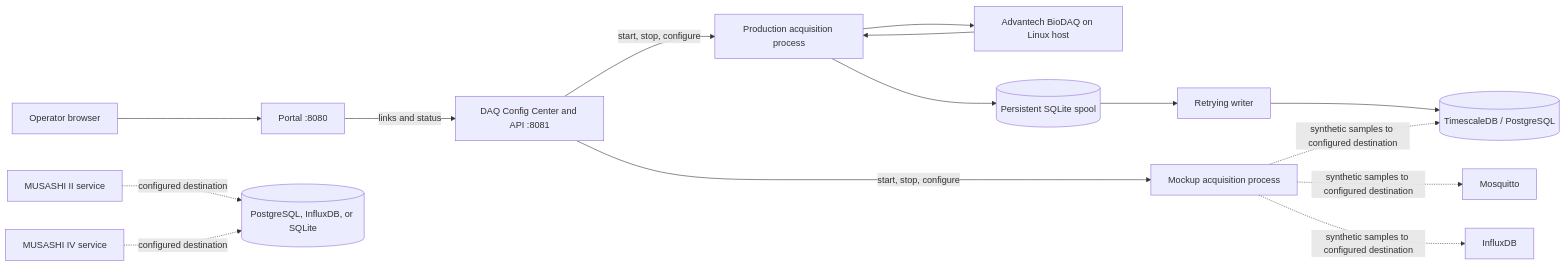
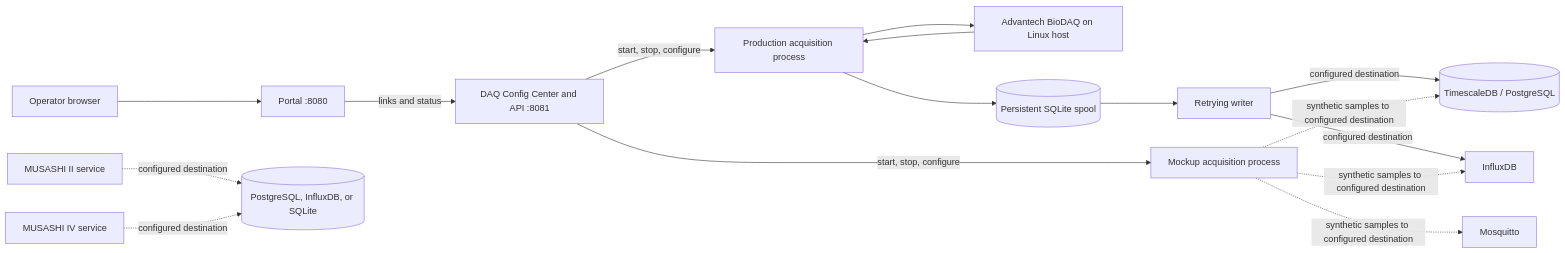
Before and after one commit to Faiisu/IIoT-data-ingest: the diagram in README.md, drawn with Mermaid. The commit also changed other lines of this file and 6 other files, not shown here.

Commit message:
docs: align architecture and deployment docs with InfluxDB and operator auth

````diff
--- a/README.md
+++ b/README.md
@@ -73,17 +73,18 @@
 ```mermaid
 flowchart LR
     Browser[Operator browser] --> Portal[Portal :8080]
     Portal -->|links and status| Web[DAQ Config Center and API :8081]
     Web -->|start, stop, configure| Production[Production acquisition process]
     Web -->|start, stop, configure| Mockup[Mockup acquisition process]
     Production --> SDK[Advantech BioDAQ on Linux host]
     SDK --> Production
     Production --> Spool[(Persistent SQLite spool)]
     Spool --> Writer[Retrying writer]
-    Writer --> PG[(TimescaleDB / PostgreSQL)]
+    Writer -->|configured destination| PG[(TimescaleDB / PostgreSQL)]
+    Writer -->|configured destination| Influx[InfluxDB]
     Mockup -. synthetic samples to configured destination .-> PG
     Mockup -. synthetic samples to configured destination .-> MQTT[Mosquitto]
-    Mockup -. synthetic samples to configured destination .-> Influx[InfluxDB]
+    Mockup -. synthetic samples to configured destination .-> Influx
     MusashiII[MUSASHI II service] -. configured destination .-> Storage[(PostgreSQL, InfluxDB, or SQLite)]
     MusashiIV[MUSASHI IV service] -. configured destination .-> Storage
 ```
````
